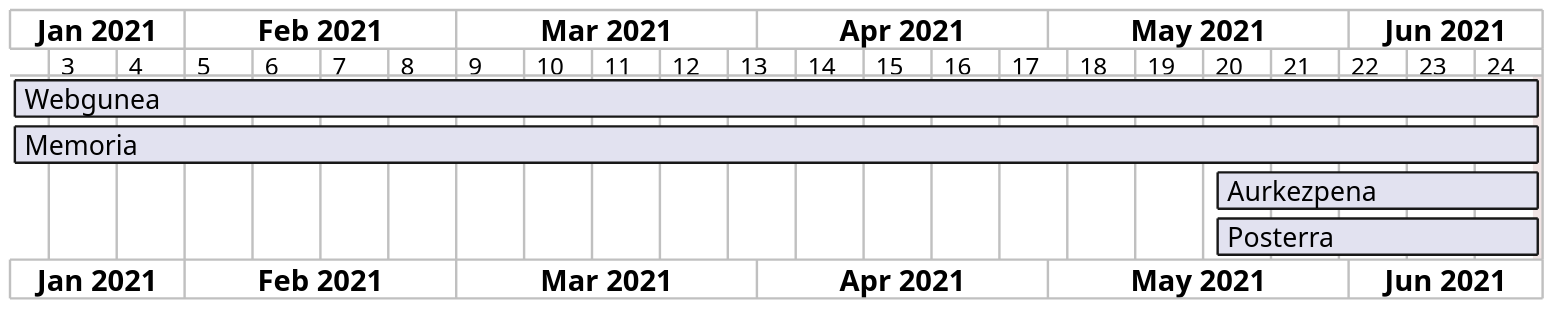
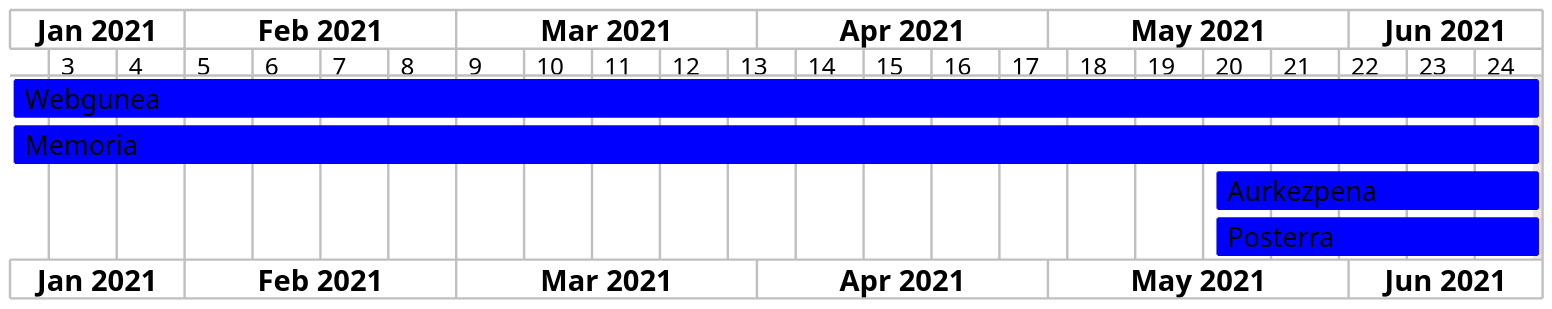
One commit to juletx/ProMeta changed the diagram in Proiektua/PlantUML/Gantt.pu. Above: the diagram before and after it, drawn with PlantUML. The commit also changed 8 other files, not shown here.

```diff
--- a/Proiektua/PlantUML/Gantt.pu
+++ b/Proiektua/PlantUML/Gantt.pu
@@ -1,10 +1,14 @@
-@startgantt
+@startgantt Gantt
 scale 5/2
 printscale weekly
 project starts the 2021/01/14
 2021/06/20 is closed
 [Webgunea] starts 2021/01/14 and ends 2021/06/20
 [Memoria] starts 2021/01/14 and ends 2021/06/20
 [Aurkezpena] starts 2021/05/18 and ends 2021/06/20
 [Posterra] starts 2021/05/18 and ends 2021/06/20
+[Webgunea] is colored in Blue
+[Memoria] is colored in Blue
+[Aurkezpena] is colored in Blue
+[Posterra] is colored in Blue
 @endgantt
```
